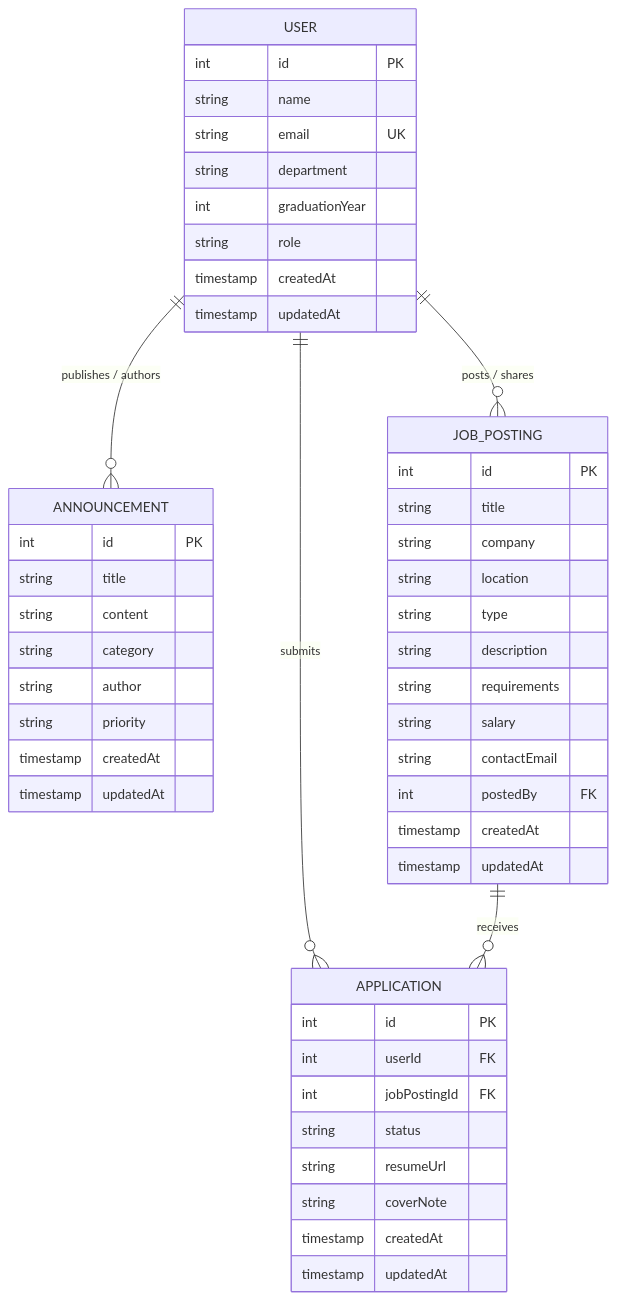
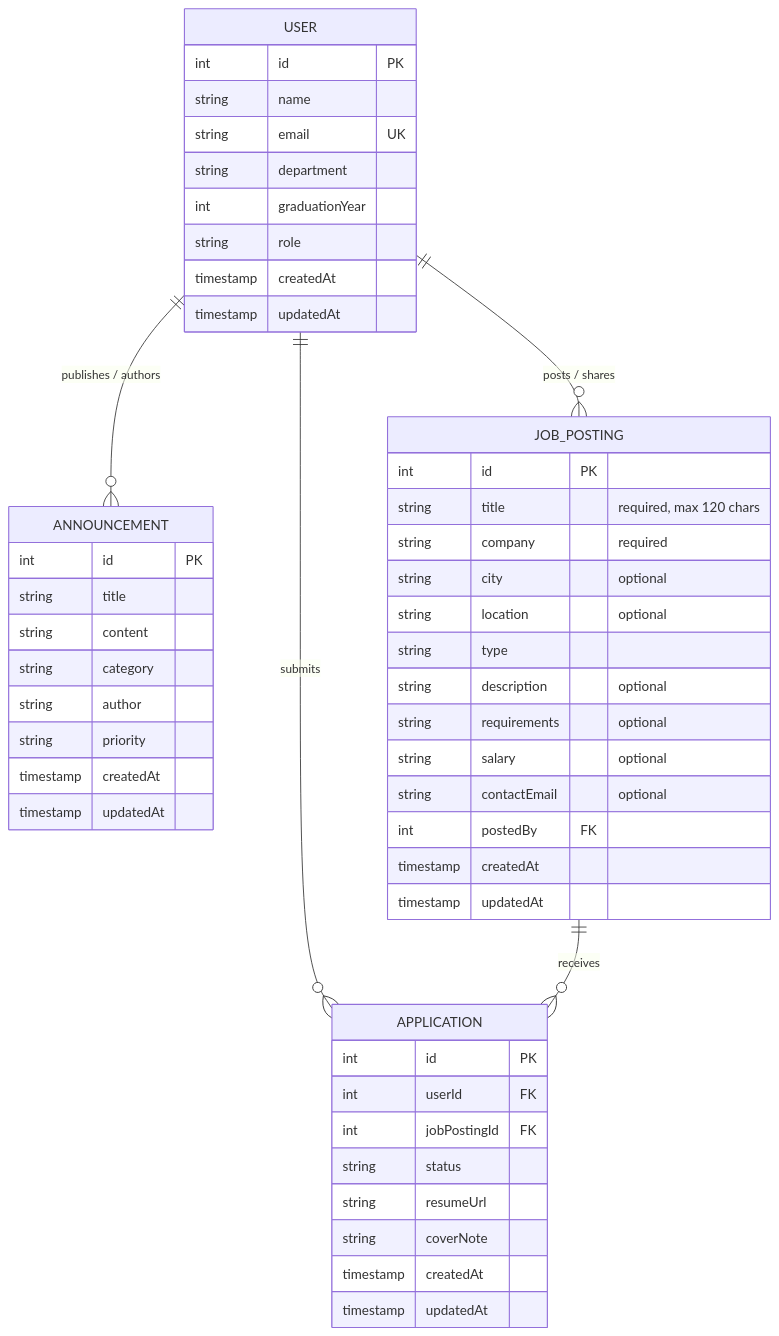
One commit to ecemyakali/alumni changed the first of 4 diagrams in ddd.md. Above: the diagram before and after it, drawn with Mermaid. The commit also changed other lines of this file and 16 other files, not shown here.

````diff
--- a/ddd.md
+++ b/ddd.md
@@ -194,51 +202,52 @@
 ```mermaid
 erDiagram
     USER ||--o{ ANNOUNCEMENT : "publishes / authors"
     USER ||--o{ JOB_POSTING : "posts / shares"
     USER ||--o{ APPLICATION : "submits"
     JOB_POSTING ||--o{ APPLICATION : "receives"
     USER {
         int id PK
         string name
         string email UK
         string department
         int graduationYear
         string role
         timestamp createdAt
         timestamp updatedAt
     }
     ANNOUNCEMENT {
         int id PK
         string title
         string content
         string category
         string author
         string priority
         timestamp createdAt
         timestamp updatedAt
     }
     JOB_POSTING {
         int id PK
-        string title
-        string company
-        string location
+        string title "required, max 120 chars"
+        string company "required"
+        string city "optional"
+        string location "optional"
         string type
-        string description
-        string requirements
-        string salary
-        string contactEmail
+        string description "optional"
+        string requirements "optional"
+        string salary "optional"
+        string contactEmail "optional"
         int postedBy FK
         timestamp createdAt
         timestamp updatedAt
     }
     APPLICATION {
         int id PK
         int userId FK
         int jobPostingId FK
         string status
         string resumeUrl
         string coverNote
         timestamp createdAt
         timestamp updatedAt
     }
 ```
````
